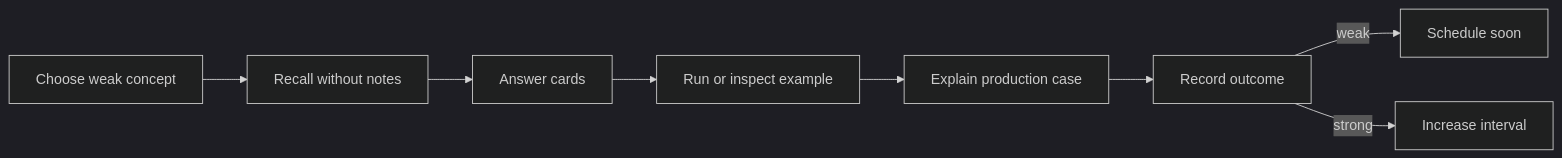
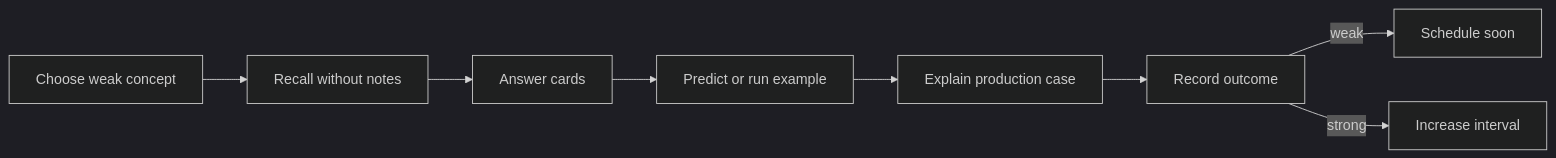
The diagram in 00_HOME/Review Dashboard.md (alimbetov/obsidian), drawn with Mermaid (dark theme) before and after one commit. The commit also changed other lines of this file, not shown here.

````diff
--- a/00_HOME/Review Dashboard.md
+++ b/00_HOME/Review Dashboard.md
@@ -19,10 +19,10 @@
 ```mermaid
 flowchart LR
     A[Choose weak concept] --> B[Recall without notes]
     B --> C[Answer cards]
-    C --> D[Run or inspect example]
+    C --> D[Predict or run example]
     D --> E[Explain production case]
     E --> F[Record outcome]
     F -->|weak| G[Schedule soon]
     F -->|strong| H[Increase interval]
 ```
````
